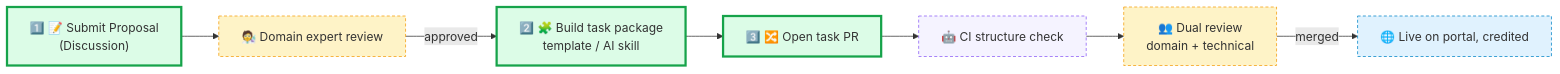
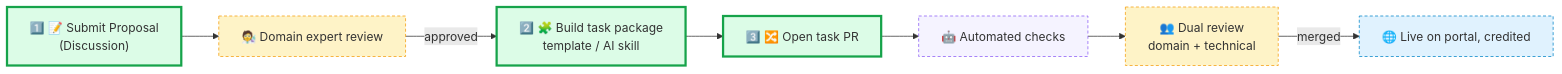
The diagram in README_EN.md (PrismaX-Team/LiveDiscoveryBench-Tasks), drawn with Mermaid before and after one commit. The commit also changed 1 other file, not shown here.

Commit message:
docs: rename CI step to automated checks

````diff
--- a/README_EN.md
+++ b/README_EN.md
@@ -47,17 +47,17 @@
 ```mermaid
 flowchart LR
     A["1️⃣ 📝 Submit Proposal<br/>(Discussion)"] --> B["🧑‍🔬 Domain expert review"]
     B -->|approved| C["2️⃣ 🧩 Build task package<br/>template / AI skill"]
     C --> E["3️⃣ 🔀 Open task PR"]
-    E --> F["🤖 CI structure check"]
+    E --> F["🤖 Automated checks"]
     F --> G["👥 Dual review<br/>domain + technical"]
     G -->|merged| H["🌐 Live on portal, credited"]
 
     style A fill:#dcfce7,stroke:#16a34a,stroke-width:3px
     style C fill:#dcfce7,stroke:#16a34a,stroke-width:3px
     style E fill:#dcfce7,stroke:#16a34a,stroke-width:3px
     style B fill:#fef3c7,stroke:#f59e0b,stroke-dasharray:4 3
     style F fill:#f5f3ff,stroke:#8b5cf6,stroke-dasharray:4 3
     style G fill:#fef3c7,stroke:#f59e0b,stroke-dasharray:4 3
     style H fill:#e0f2fe,stroke:#0284c7,stroke-dasharray:4 3
 ```
````
